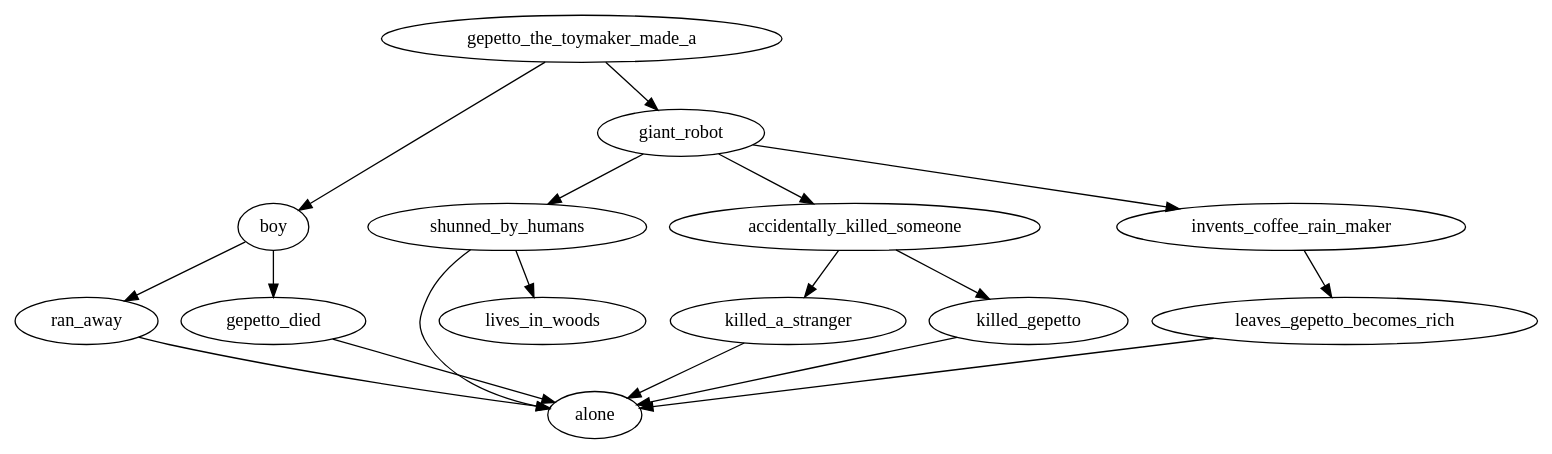
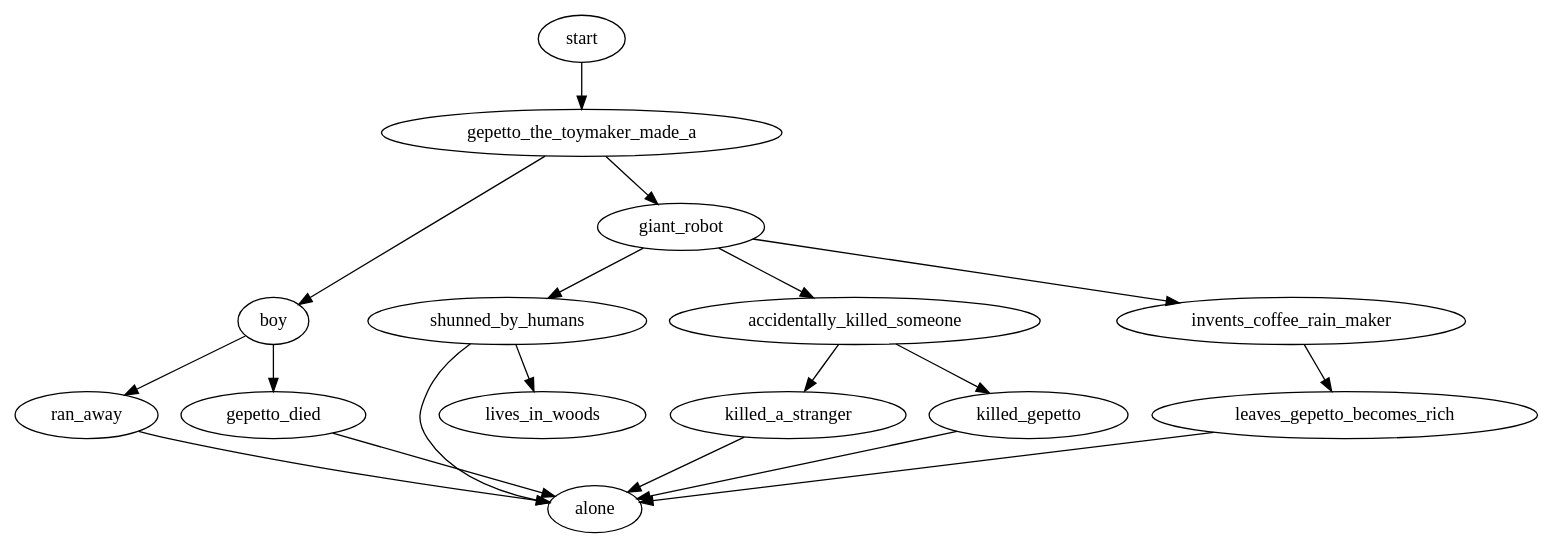
Before and after one commit to ihh/choicescript: the diagram in web/mygame/scenes/gepetto.dot, drawn with Graphviz. The commit also changed 3 other files, not shown here.

```diff
--- a/web/mygame/scenes/gepetto.dot
+++ b/web/mygame/scenes/gepetto.dot
@@ -1,9 +1,9 @@
 digraph G {
-	gepetto_the_toymaker_made_a -> { boy giant_robot };
+	start -> gepetto_the_toymaker_made_a -> { boy giant_robot };
 	boy -> ran_away -> alone;
 	boy -> gepetto_died [tooltip="stay with Gepetto"];
 	gepetto_died -> alone;
 	giant_robot -> shunned_by_humans -> { lives_in_woods alone };
 	giant_robot -> accidentally_killed_someone -> { killed_a_stranger killed_gepetto } -> alone;
 	giant_robot -> invents_coffee_rain_maker -> leaves_gepetto_becomes_rich -> alone;
 }
```
